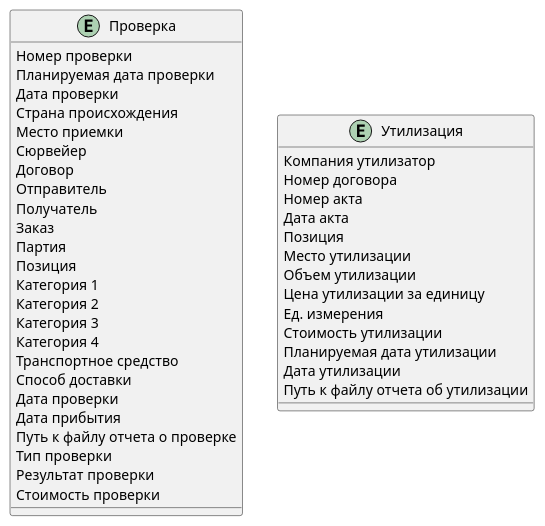
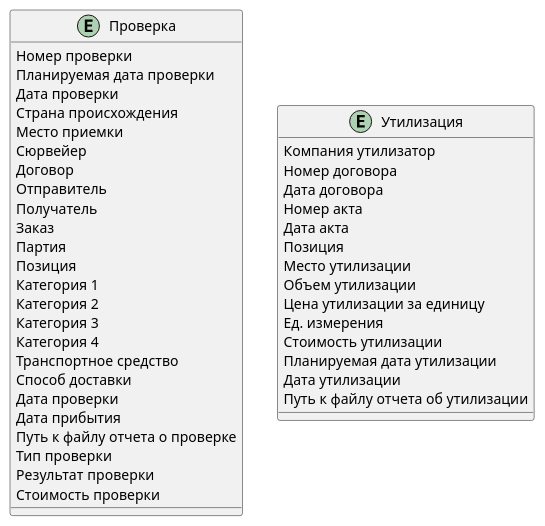
Before and after one commit to rsnlearn/karpov_hard_de_40: the diagram in 01_dwh_design/08_project/erd/inspections_initial.puml, drawn with PlantUML.

```diff
--- a/01_dwh_design/08_project/erd/inspections_initial.puml
+++ b/01_dwh_design/08_project/erd/inspections_initial.puml
@@ -1,51 +1,52 @@
 @startuml
 ' hide the spot
 ' hide circle
 
 ' avoid problems with angled crows feet
 skinparam linetype ortho
 
 entity Проверка {
 Номер проверки
 Планируемая дата проверки
 Дата проверки
 Страна происхождения
 Место приемки
 Сюрвейер
 Договор
 Отправитель
 Получатель
 Заказ
 Партия
 Позиция
 Категория 1
 Категория 2
 Категория 3
 Категория 4
 Транспортное средство
 Способ доставки
 Дата проверки
 Дата прибытия
 Путь к файлу отчета о проверке
 Тип проверки
 Результат проверки
 Стоимость проверки
 }
 
 entity Утилизация {
 Компания утилизатор
 Номер договора
+Дата договора
 Номер акта
 Дата акта
 Позиция
 Место утилизации
 Объем утилизации
 Цена утилизации за единицу
 Ед. измерения
 Стоимость утилизации
 Планируемая дата утилизации
 Дата утилизации
 Путь к файлу отчета об утилизации
 }
 
 @enduml
```
